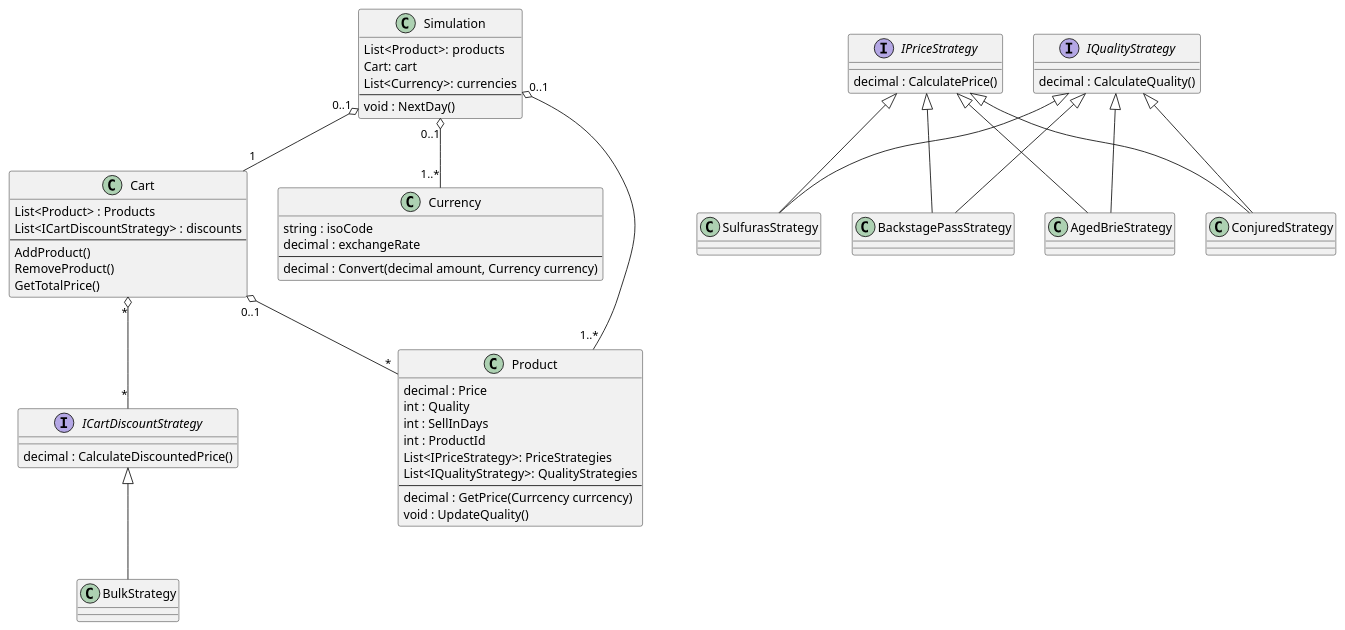
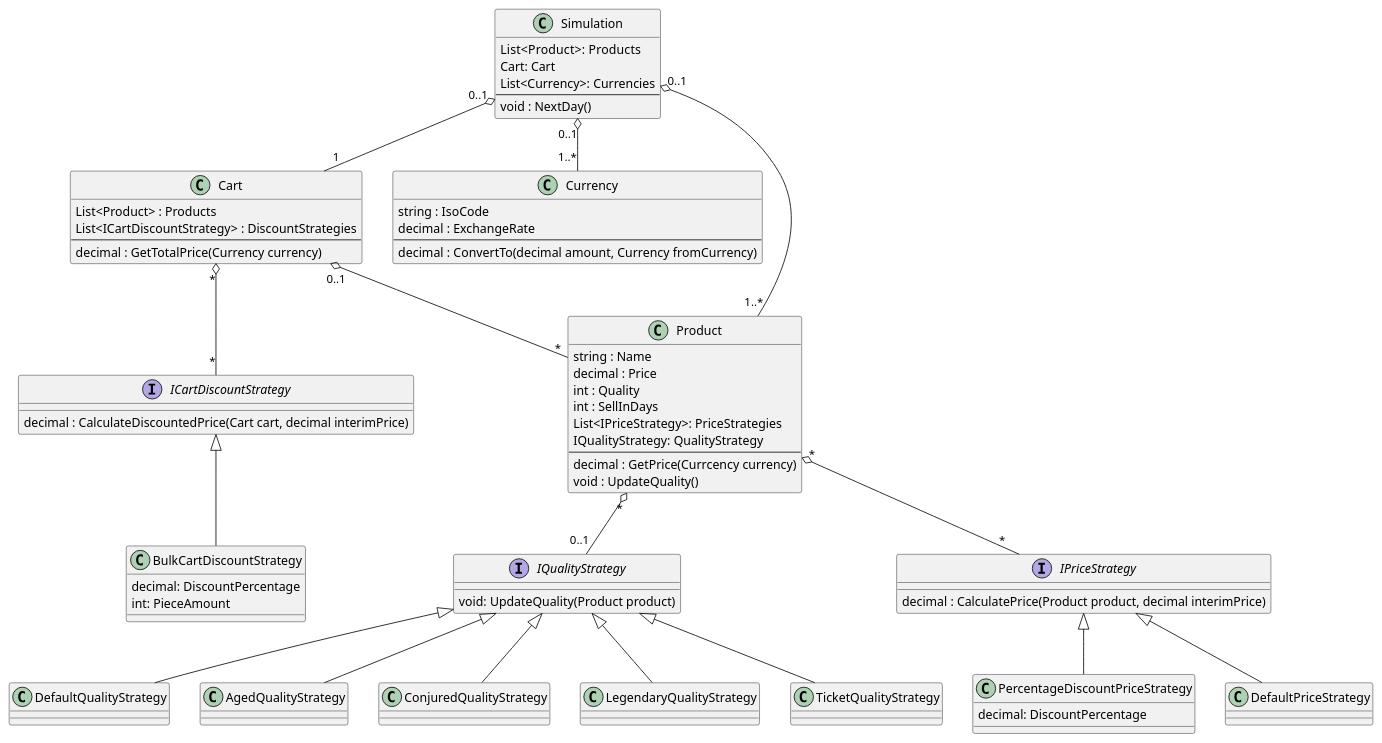
The diagram in class diagram.plantuml (helloplayer1/GildedRose), drawn with PlantUML before and after one commit. The commit also changed 5 other files, not shown here.

Commit message:
finalized class diagram

```diff
--- a/class diagram.plantuml
+++ b/class diagram.plantuml
@@ -1,76 +1,87 @@
 @startuml
 
 class Simulation {
-  List<Product>:  products
-  Cart: cart
-  List<Currency>: currencies
+  List<Product>:  Products
+  Cart: Cart
+  List<Currency>: Currencies
   ---
   void : NextDay()
 }
 
 class Cart {
   List<Product> : Products
-  List<ICartDiscountStrategy> : discounts
+  List<ICartDiscountStrategy> : DiscountStrategies
   ---
-  AddProduct()
-  RemoveProduct()
-  GetTotalPrice()
+  decimal : GetTotalPrice(Currency currency)
 }
 
 
 class Currency {
-  string : isoCode
-  decimal : exchangeRate
+  string : IsoCode
+  decimal : ExchangeRate
   ---
-  decimal : Convert(decimal amount, Currency currency)
+  decimal : ConvertTo(decimal amount, Currency fromCurrency)
 }
 
 class Product {
+  string : Name
   decimal : Price
   int : Quality
   int : SellInDays
-  int : ProductId
   List<IPriceStrategy>: PriceStrategies
-  List<IQualityStrategy>: QualityStrategies
+  IQualityStrategy: QualityStrategy
   ---
-  decimal : GetPrice(Currcency currcency)
+  decimal : GetPrice(Currcency currency)
   void : UpdateQuality()
 }
 
 interface IPriceStrategy {
-  decimal : CalculatePrice()  
+  decimal : CalculatePrice(Product product, decimal interimPrice)  
 }
 
 interface ICartDiscountStrategy {
-  decimal : CalculateDiscountedPrice()  
+  decimal : CalculateDiscountedPrice(Cart cart, decimal interimPrice)  
 }
 
 interface IQualityStrategy {
-  decimal : CalculateQuality()  
+  void: UpdateQuality(Product product)  
 }
 
-class BulkStrategy
-class AgedBrieStrategy
-class ConjuredStrategy
-class SulfurasStrategy
-class BackstagePassStrategy
+class DefaultQualityStrategy
+class AgedQualityStrategy
+class ConjuredQualityStrategy
+class LegendaryQualityStrategy
+class TicketQualityStrategy
 
-IPriceStrategy <|-- AgedBrieStrategy
-IQualityStrategy <|-- AgedBrieStrategy
-IPriceStrategy <|-- ConjuredStrategy
-IQualityStrategy <|-- ConjuredStrategy
-IPriceStrategy <|-- SulfurasStrategy
-IQualityStrategy <|-- SulfurasStrategy
-IPriceStrategy <|-- BackstagePassStrategy
-IQualityStrategy <|-- BackstagePassStrategy
+class DefaultPriceStrategy
+class PercentageDiscountPriceStrategy {
+  decimal: DiscountPercentage
+}
 
-ICartDiscountStrategy <|-- BulkStrategy
+class BulkCartDiscountStrategy {
+  decimal: DiscountPercentage
+  int: PieceAmount
+}
+
+IPriceStrategy <|-- DefaultPriceStrategy
+IPriceStrategy <|-- PercentageDiscountPriceStrategy
+
+IQualityStrategy <|-- DefaultQualityStrategy
+IQualityStrategy <|-- AgedQualityStrategy
+IQualityStrategy <|-- ConjuredQualityStrategy
+IQualityStrategy <|-- LegendaryQualityStrategy
+IQualityStrategy <|-- TicketQualityStrategy
+
+ICartDiscountStrategy <|-- BulkCartDiscountStrategy
 
 Cart "0..1" o-- "*" Product
-Cart "*" o-- "*" ICartDiscountStrategy 
+Cart "*" o-- "*" ICartDiscountStrategy
+
+Product "*" o-- "*" IPriceStrategy
+Product "*" o-- "0..1" IQualityStrategy
 
 Simulation "0..1" o-- "1..*" Product
 Simulation "0..1" o-- "1" Cart
 Simulation "0..1" o-- "1..*" Currency
 
 @enduml
```
